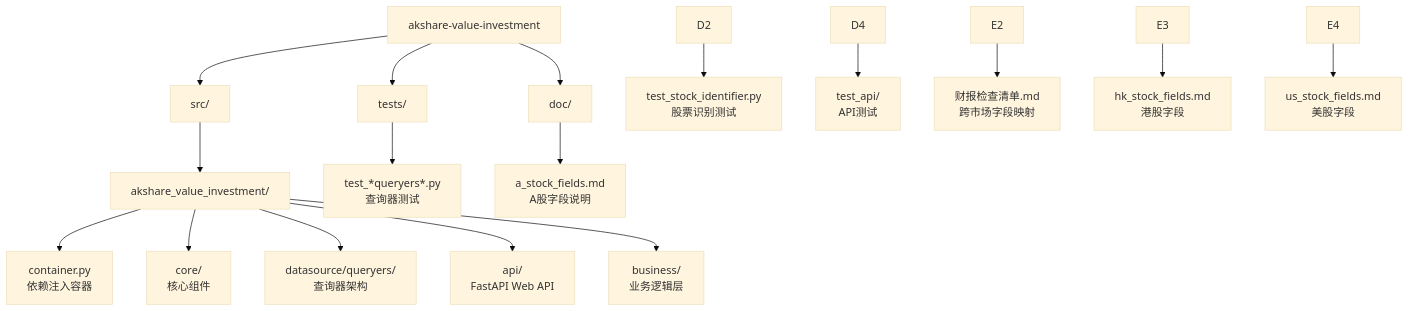
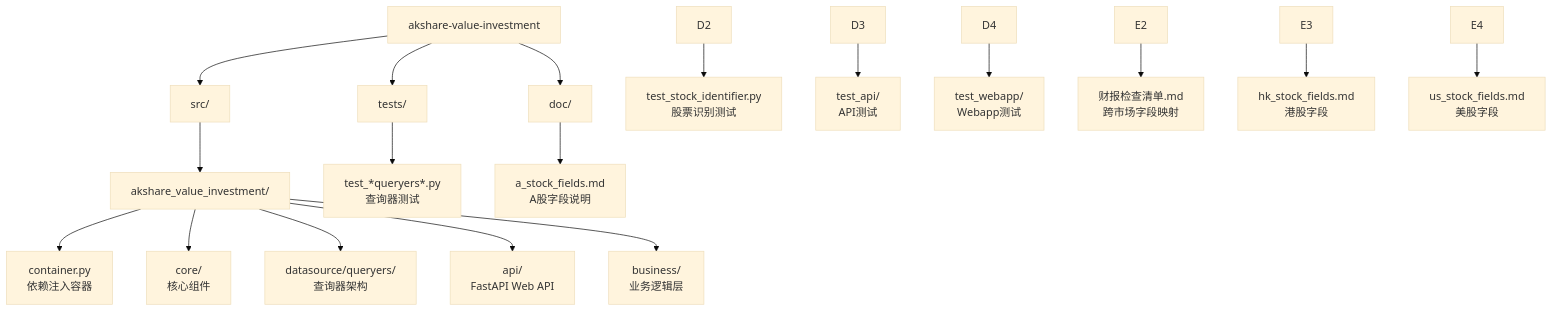
Before and after one commit to yapex/akshare-value-investment: the diagram in CLAUDE.md, drawn with Mermaid (base theme). The commit also changed 14 other files, not shown here.

First line of the commit message:
test: 添加 webapp 测试框架并优化代码质量

````diff
--- a/CLAUDE.md
+++ b/CLAUDE.md
@@ -45,22 +45,23 @@
 ```mermaid
 graph TD
     A["akshare-value-investment"] --> B["src/"]
     A --> D["tests/"]
     A --> E["doc/"]
 
     B --> B1["akshare_value_investment/"]
     B1 --> B1a["container.py<br/>依赖注入容器"]
     B1 --> B1b["core/<br/>核心组件"]
     B1 --> B1c["datasource/queryers/<br/>查询器架构"]
     B1 --> B1d["api/<br/>FastAPI Web API"]
     B1 --> B1e["business/<br/>业务逻辑层"]
 
     D --> D1["test_*queryers*.py<br/>查询器测试"]
     D2 --> D2a["test_stock_identifier.py<br/>股票识别测试"]
-    D4 --> D4a["test_api/<br/>API测试"]
+    D3 --> D3a["test_api/<br/>API测试"]
+    D4 --> D4b["test_webapp/<br/>Webapp测试"]
 
     E --> E1["a_stock_fields.md<br/>A股字段说明"]
     E2 --> E2a["财报检查清单.md<br/>跨市场字段映射"]
     E3 --> E3b["hk_stock_fields.md<br/>港股字段"]
     E4 --> E4a["us_stock_fields.md<br/>美股字段"]
 ```
````
